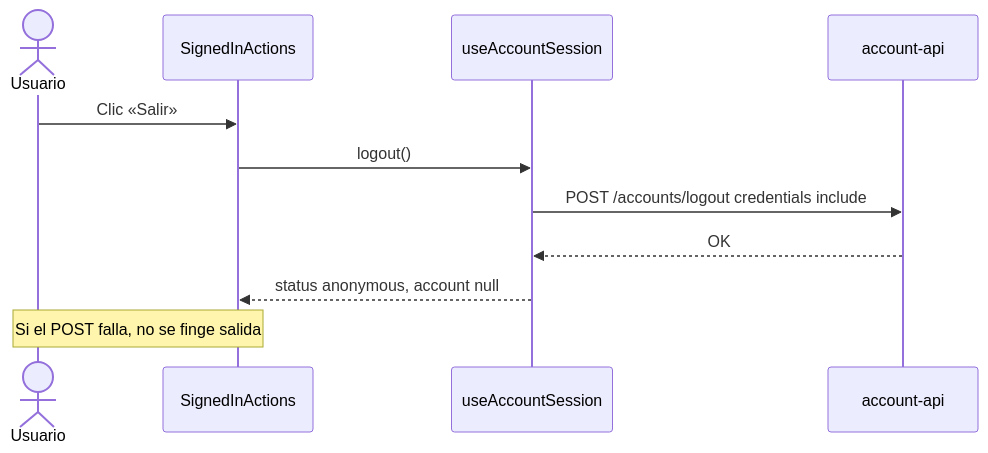
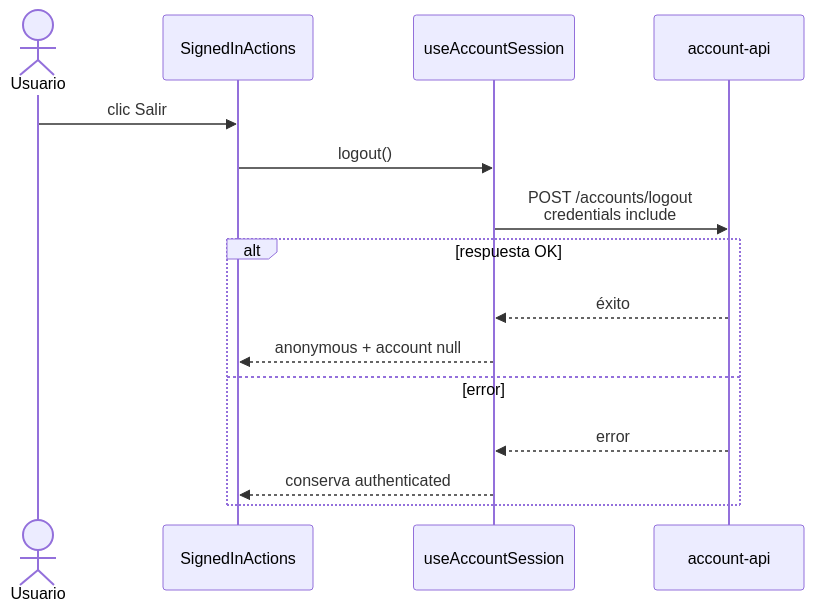
Before and after one commit to Dariosoft/fes-client-web: the fifth of 5 diagrams in specs/001-storefront-google-login/uml.md, drawn with Mermaid. The commit also changed other lines of this file and 37 other files, not shown here.

````diff
--- a/specs/001-storefront-google-login/uml.md
+++ b/specs/001-storefront-google-login/uml.md
@@ -143,14 +121,18 @@
 ```mermaid
 sequenceDiagram
   actor U as Usuario
-  participant Signed as SignedInActions
-  participant Hook as useAccountSession
+  participant UI as SignedInActions
+  participant H as useAccountSession
   participant API as account-api
 
-  U->>Signed: Clic «Salir»
-  Signed->>Hook: logout()
-  Hook->>API: POST /accounts/logout credentials include
-  API-->>Hook: OK
-  Hook-->>Signed: status anonymous, account null
-  Note over U,Signed: Si el POST falla, no se finge salida
+  U->>UI: clic Salir
+  UI->>H: logout()
+  H->>API: POST /accounts/logout<br/>credentials include
+  alt respuesta OK
+    API-->>H: éxito
+    H-->>UI: anonymous + account null
+  else error
+    API-->>H: error
+    H-->>UI: conserva authenticated
+  end
 ```
````
